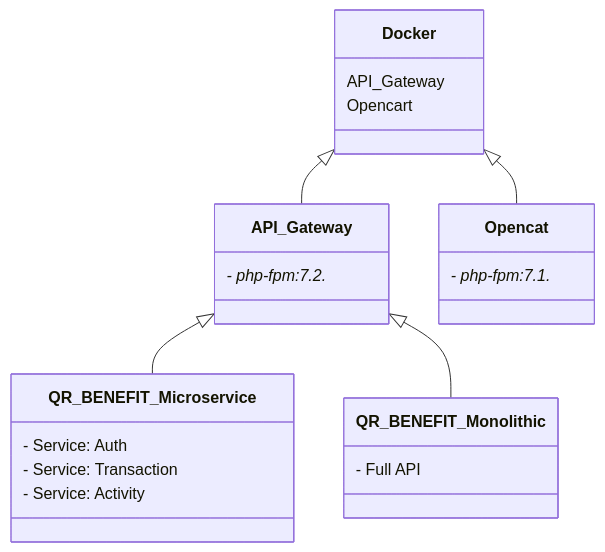
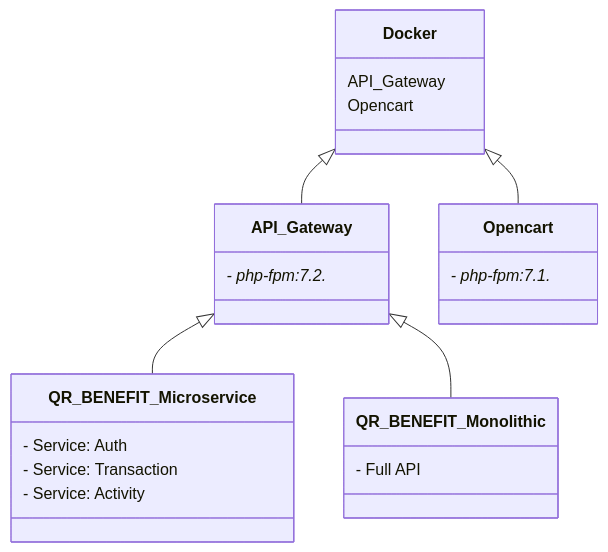
The second of 3 diagrams in README.md (nvhdangdw/lumen-api-gateway), drawn with Mermaid before and after one commit.

Commit message:
Update document

````diff
--- a/README.md
+++ b/README.md
@@ -39,24 +39,24 @@
 ```mermaid
 classDiagram
     Docker <|-- API_Gateway
-    Docker <|-- Opencat
+    Docker <|-- Opencart
     Docker: API_Gateway
     Docker: Opencart
 
     API_Gateway <|-- QR_BENEFIT_Microservice
     API_Gateway <|-- QR_BENEFIT_Monolithic
     class API_Gateway{
       - php-fpm:7.2.*
     }
-    class Opencat{
+    class Opencart{
         - php-fpm:7.1.*
     }
     class QR_BENEFIT_Microservice{
         - Service: Auth
         - Service: Transaction
         - Service: Activity
     }
     class QR_BENEFIT_Monolithic{
         - Full API
     }
 ```
````
